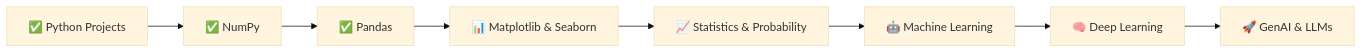
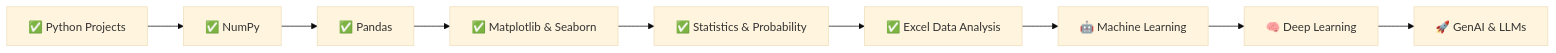
The diagram in README.md (DhruvPanchal0312/Data-Science-and-Analysis-With-GenAI), drawn with Mermaid (base theme) before and after one commit. The commit also changed other lines of this file, not shown here.

Commit message:
docs: update README with Seaborn modules and Excel Data Analysis phase completion

````diff
--- a/README.md
+++ b/README.md
@@ -675,10 +762,11 @@
 ```mermaid
 graph LR
     A[✅ Python Projects] --> B[✅ NumPy]
     B --> C[✅ Pandas]
-    C --> D[📊 Matplotlib & Seaborn]
-    D --> E[📈 Statistics & Probability]
-    E --> F[🤖 Machine Learning]
-    F --> G[🧠 Deep Learning]
-    G --> H[🚀 GenAI & LLMs]
+    C --> D[✅ Matplotlib & Seaborn]
+    D --> E[✅ Statistics & Probability]
+    E --> F[✅ Excel Data Analysis]
+    F --> G[🤖 Machine Learning]
+    G --> H[🧠 Deep Learning]
+    H --> I[🚀 GenAI & LLMs]
 ```
````
